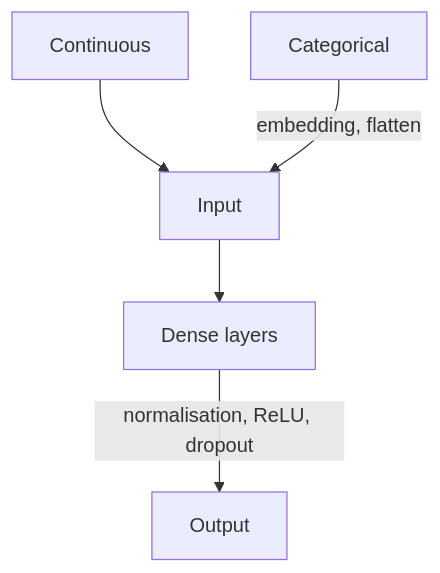
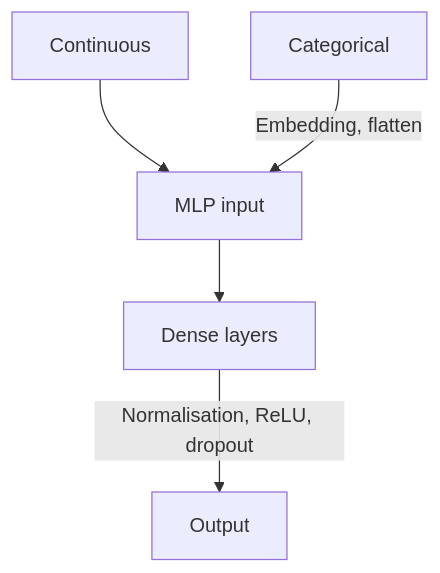
One commit to liyiyan128/optiver-trading-at-the-close changed the diagram in README.md. Above: the diagram before and after it, drawn with Mermaid. The commit also changed other lines of this file and 1 other file, not shown here.

Commit message:
Deleted picture

````diff
--- a/README.md
+++ b/README.md
@@ -153,6 +151,6 @@
 ```mermaid
 graph TD;
-    Continuous --> Input;
-    Categorical -- embedding, flatten --> Input;
-    Input --> dense[Dense layers] -- normalisation, ReLU, dropout --> Output;
+    Continuous --> Input[MLP input];
+    Categorical -- Embedding, flatten --> Input;
+    Input --> dense[Dense layers] -- Normalisation, ReLU, dropout --> Output;
 ```
````
